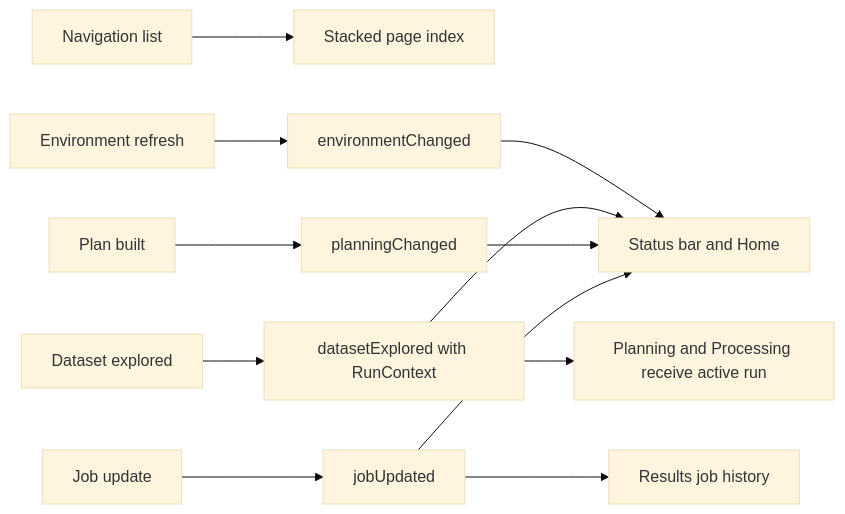
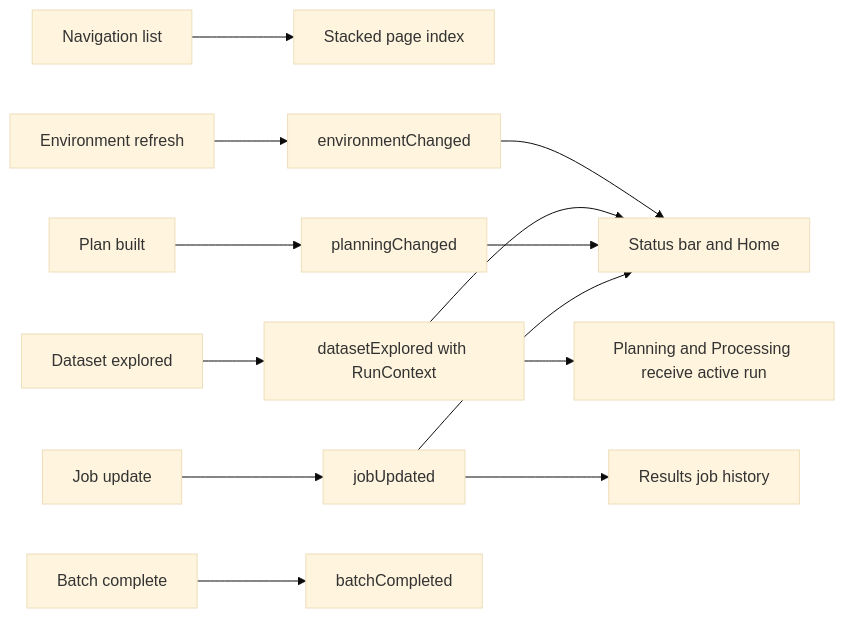
The second of 2 diagrams in docs/ui/MISSION_CONTROL.md (sticholas/pyforestscan-qgis), drawn with Mermaid (base theme) before and after one commit. The commit also changed other lines of this file and 9 other files, not shown here.

````diff
--- a/docs/ui/MISSION_CONTROL.md
+++ b/docs/ui/MISSION_CONTROL.md
@@ -64,14 +67,15 @@
 ```mermaid
 flowchart LR
     A["Navigation list"] --> B["Stacked page index"]
     C["Environment refresh"] --> D["environmentChanged"]
     E["Dataset explored"] --> F["datasetExplored with RunContext"]
     F --> G["Planning and Processing receive active run"]
     H["Plan built"] --> I["planningChanged"]
     K["Job update"] --> L["jobUpdated"]
+    N["Batch complete"] --> O["batchCompleted"]
     D --> J["Status bar and Home"]
     F --> J
     I --> J
     L --> J
     L --> M["Results job history"]
 ```
````
